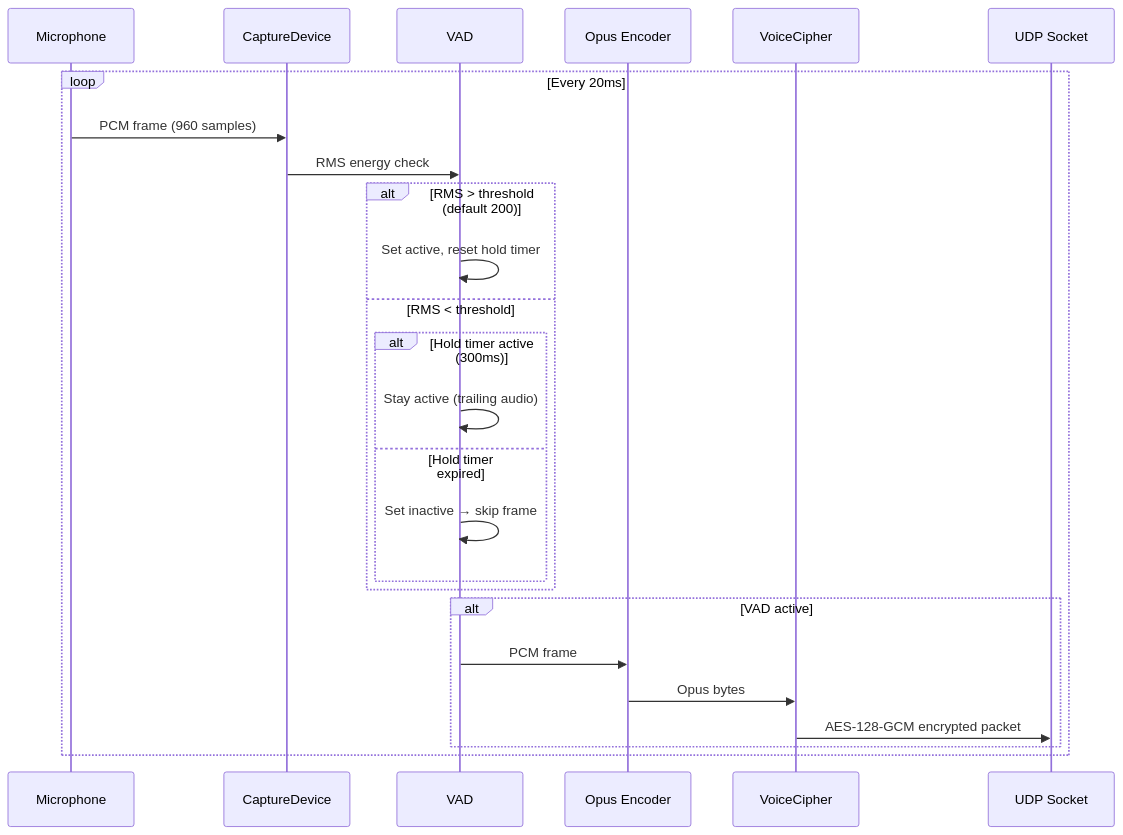
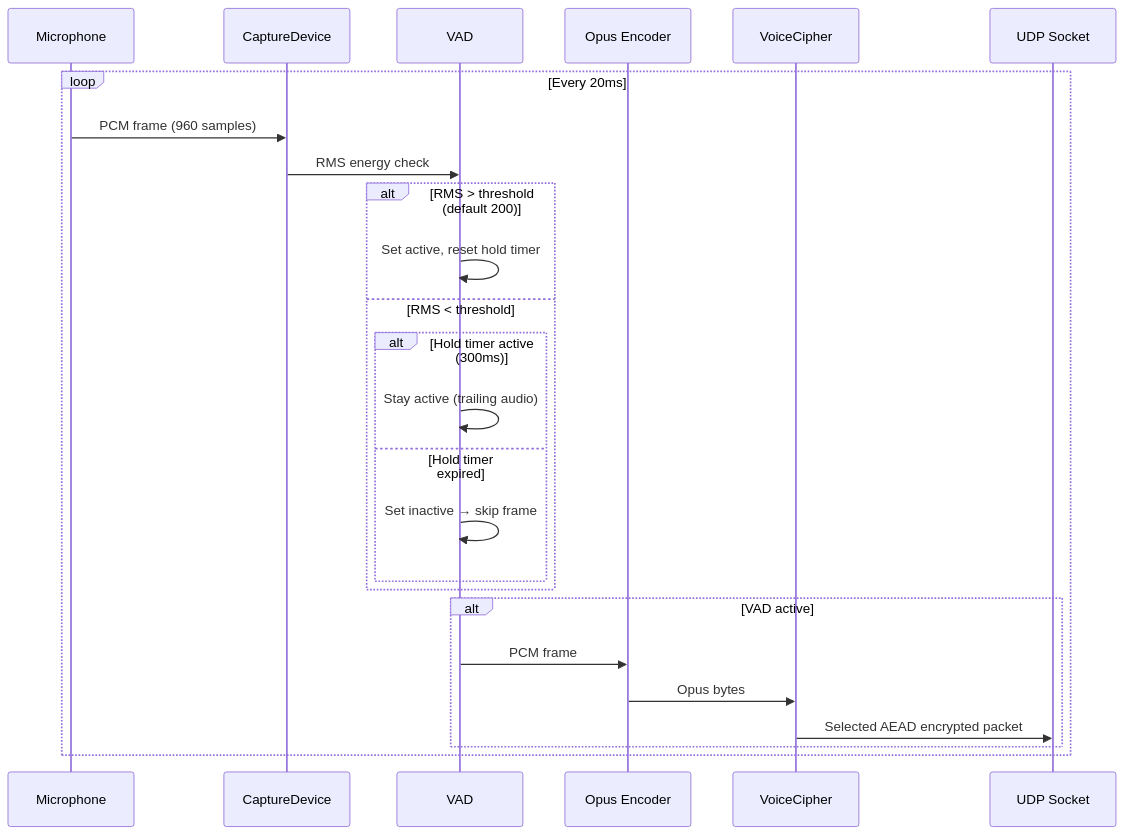
Before and after one commit to NicolasHaas/gospeak: the second of 6 diagrams in docs/audio.md, drawn with Mermaid. The commit also changed 32 other files, not shown here.

````diff
--- a/docs/audio.md
+++ b/docs/audio.md
@@ -82,28 +82,28 @@
 ```mermaid
 sequenceDiagram
     participant MIC as Microphone
     participant CAP as CaptureDevice
     participant VAD as VAD
     participant ENC as Opus Encoder
     participant CRY as VoiceCipher
     participant NET as UDP Socket
 
     loop Every 20ms
         MIC->>CAP: PCM frame (960 samples)
         CAP->>VAD: RMS energy check
         alt RMS > threshold (default 200)
             VAD->>VAD: Set active, reset hold timer
         else RMS < threshold
             alt Hold timer active (300ms)
                 VAD->>VAD: Stay active (trailing audio)
             else Hold timer expired
                 VAD->>VAD: Set inactive → skip frame
             end
         end
         alt VAD active
             VAD->>ENC: PCM frame
             ENC->>CRY: Opus bytes
-            CRY->>NET: AES-128-GCM encrypted packet
+            CRY->>NET: Selected AEAD encrypted packet
         end
     end
 ```
````
